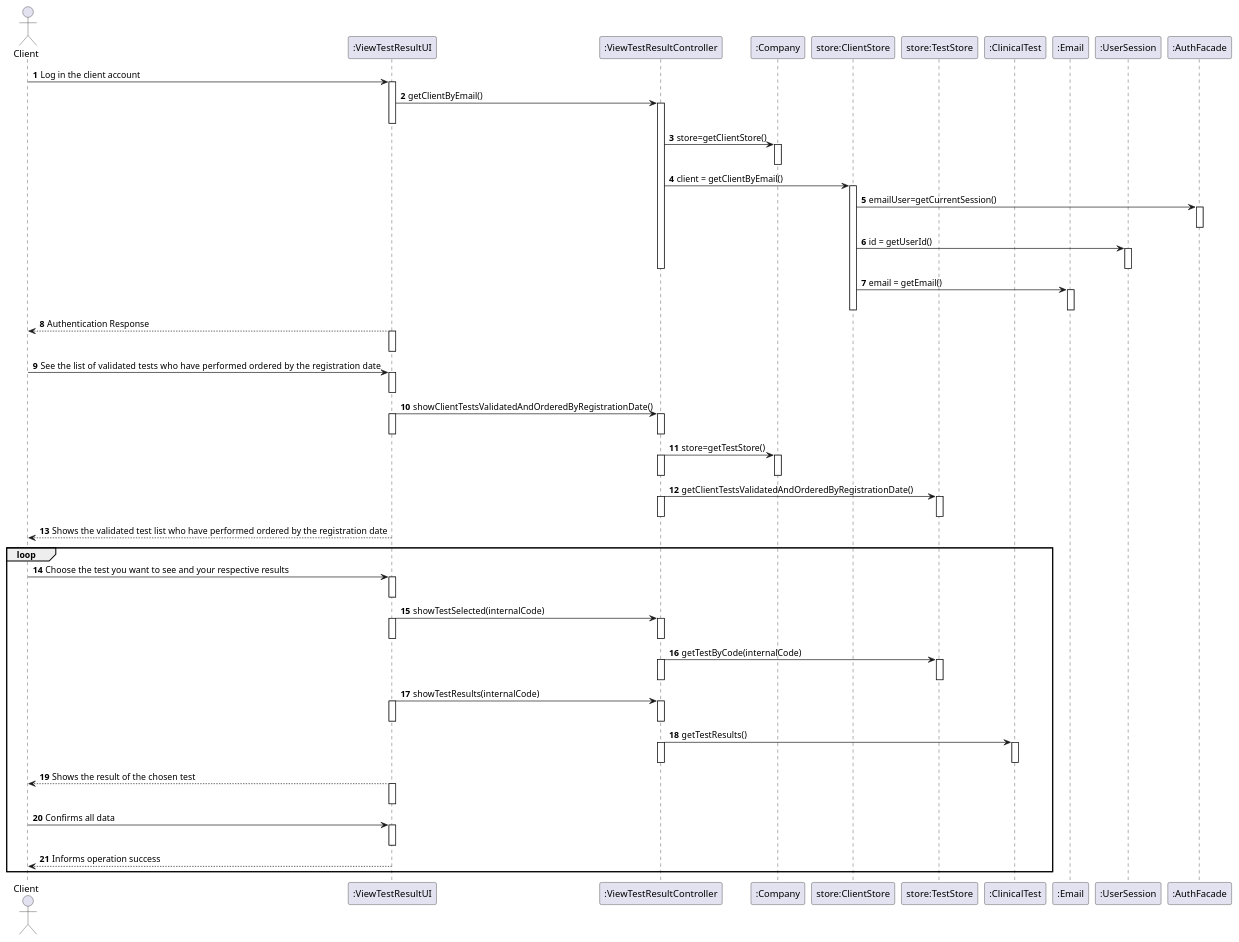
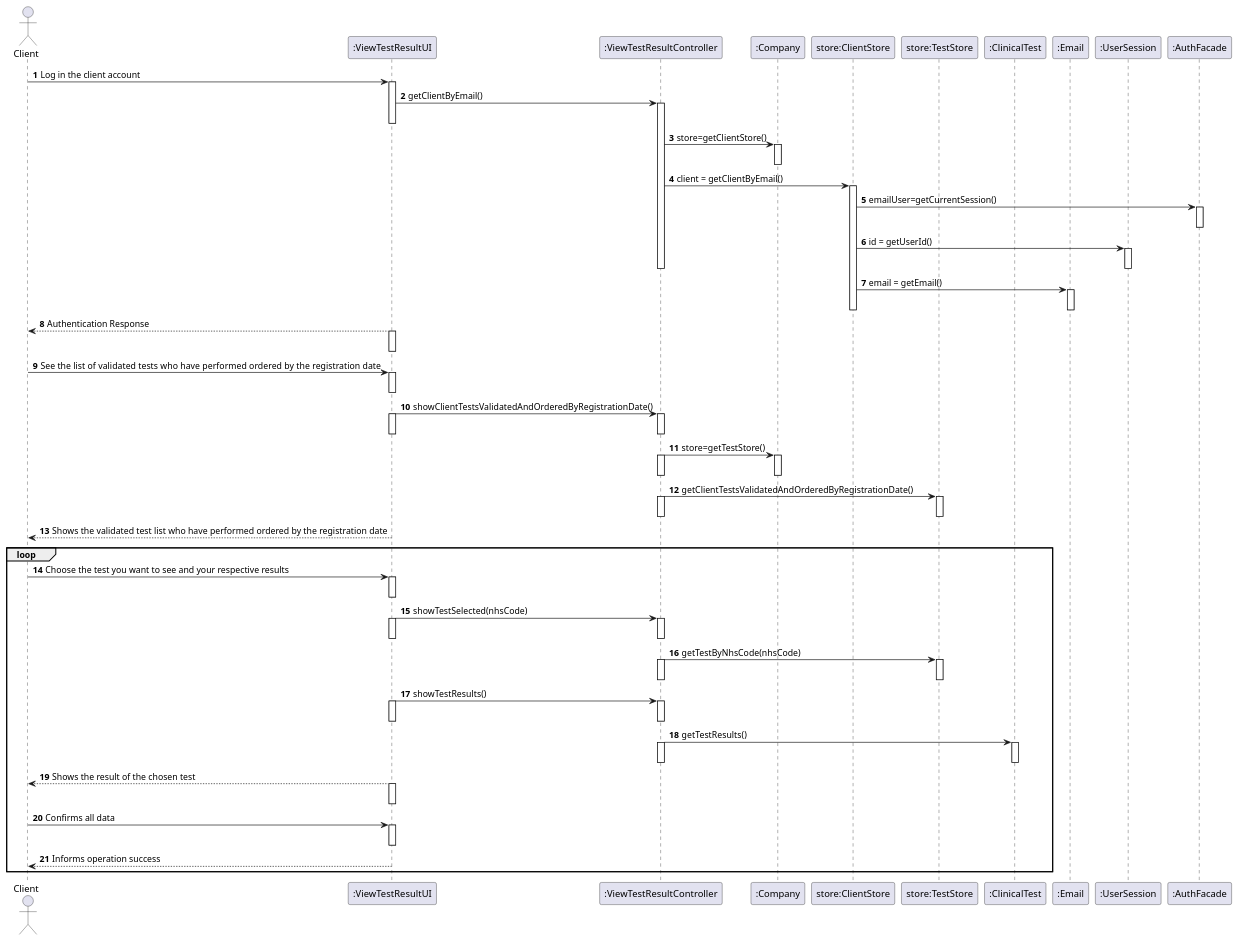
One commit to GuilhermeCunha79/lapr2 changed the diagram in docs/SprintD/US1/US1_SD.puml. Above: the diagram before and after it, drawn with PlantUML. The commit also changed 15 other files, not shown here.

Commit message:
US1 Diagrams US1 implementation and test

```diff
--- a/docs/SprintD/US1/US1_SD.puml
+++ b/docs/SprintD/US1/US1_SD.puml
@@ -1,123 +1,123 @@
 @startuml
 autonumber
 'hide footbox
 actor "Client" as CLIENT
 
 participant ":ViewTestResultUI" as UI
 participant ":ViewTestResultController" as CTRL
 participant ":Company" as COMP
 participant "store:ClientStore" as STR
 participant "store:TestStore" as TTS
 participant ":ClinicalTest" as T
 participant ":Email" as EM
 participant ":UserSession" as US
 participant ":AuthFacade" as AF
 
 
 CLIENT -> UI: Log in the client account
 activate UI
 
 UI -> CTRL: getClientByEmail()
 activate CTRL
 deactivate UI
 
 CTRL-> COMP : store=getClientStore()
 activate COMP
 deactivate COMP
 CTRL->STR : client = getClientByEmail()
 activate STR
 STR-> AF :emailUser=getCurrentSession()
 activate AF
 deactivate AF
 STR -> US : id = getUserId()
 activate US
 deactivate US
 deactivate CTRL
 
 
 
 STR->EM: email = getEmail()
 activate EM
 deactivate EM
 deactivate STR
 deactivate STR
 
 UI --> CLIENT: Authentication Response
 activate UI
 deactivate UI
 
 
 
 CLIENT -> UI: See the list of  validated tests who have performed ordered by the registration date
 activate UI
 deactivate UI
 
 
 
 
 UI -> CTRL: showClientTestsValidatedAndOrderedByRegistrationDate()
 activate UI
 deactivate UI
 activate CTRL
 deactivate CTRL
 
 CTRL -> COMP: store=getTestStore()
 activate CTRL
 deactivate CTRL
 activate COMP
 deactivate COMP
 
 CTRL -> TTS: getClientTestsValidatedAndOrderedByRegistrationDate()
 activate CTRL
 deactivate CTRL
 activate TTS
 deactivate TTS
 
 
 UI --> CLIENT: Shows the validated test list who have performed ordered by the registration date
 
 loop
 CLIENT -> UI: Choose the test you want to see and your respective results
 activate UI
 deactivate UI
 
-UI -> CTRL: showTestSelected(internalCode)
+UI -> CTRL: showTestSelected(nhsCode)
 activate UI
 deactivate UI
 activate CTRL
 deactivate CTRL
 
-CTRL -> TTS: getTestByCode(internalCode)
+CTRL -> TTS: getTestByNhsCode(nhsCode)
 activate CTRL
 deactivate CTRL
 activate TTS
 deactivate TTS
 
-UI -> CTRL: showTestResults(internalCode)
+UI -> CTRL: showTestResults()
 activate UI
 deactivate UI
 activate CTRL
 deactivate CTRL
 
 CTRL -> T: getTestResults()
 activate CTRL
 deactivate CTRL
 activate T
 deactivate T
 
 
 
 UI --> CLIENT: Shows the result of the chosen test
 activate UI
 deactivate UI
 
 CLIENT -> UI: Confirms all data
 activate UI
 deactivate UI
 
 
 
 UI --> CLIENT: Informs operation success
 end
 
 @enduml
```
